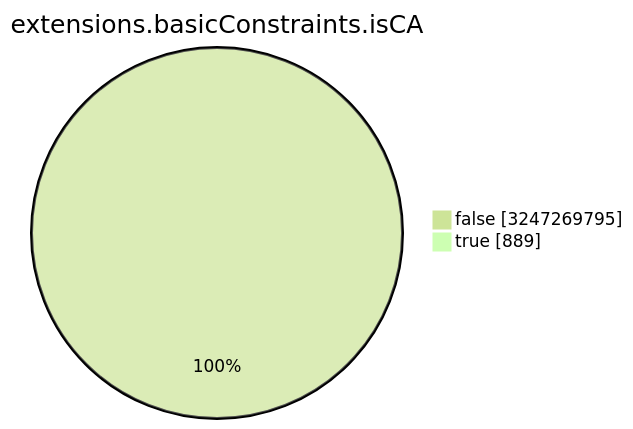
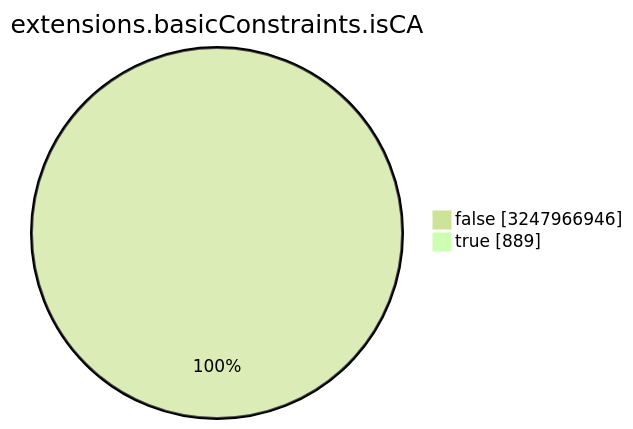
One commit to christiankrug/ctmonitor_visualization changed the seventh of 15 diagrams in TOTAL/README.md. Above: the diagram before and after it, drawn with Mermaid (forest theme). The commit also changed other lines of this file, not shown here.

````diff
--- a/TOTAL/README.md
+++ b/TOTAL/README.md
@@ -3088,6 +3088,6 @@
 ```mermaid
 pie showData
 title extensions.basicConstraints.isCA
-"false" :3247269795
+"false" :3247966946
 "true" :889
 ```
````
